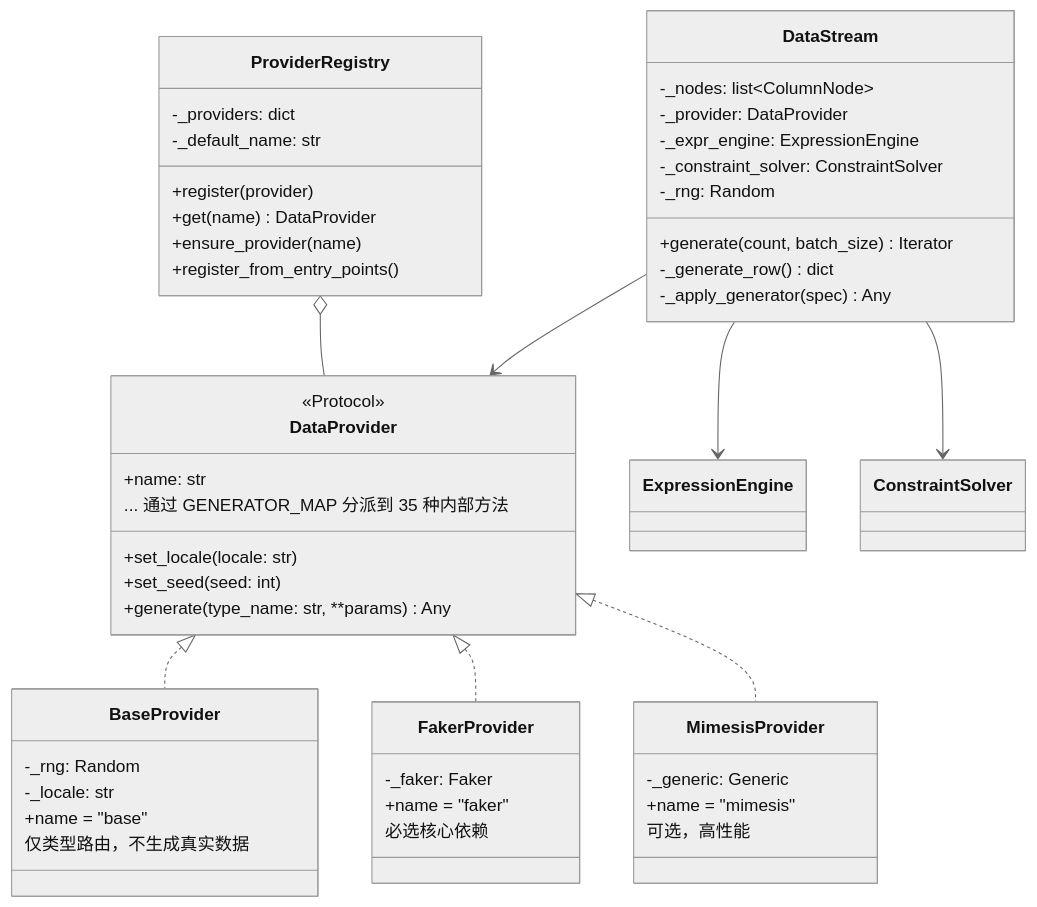
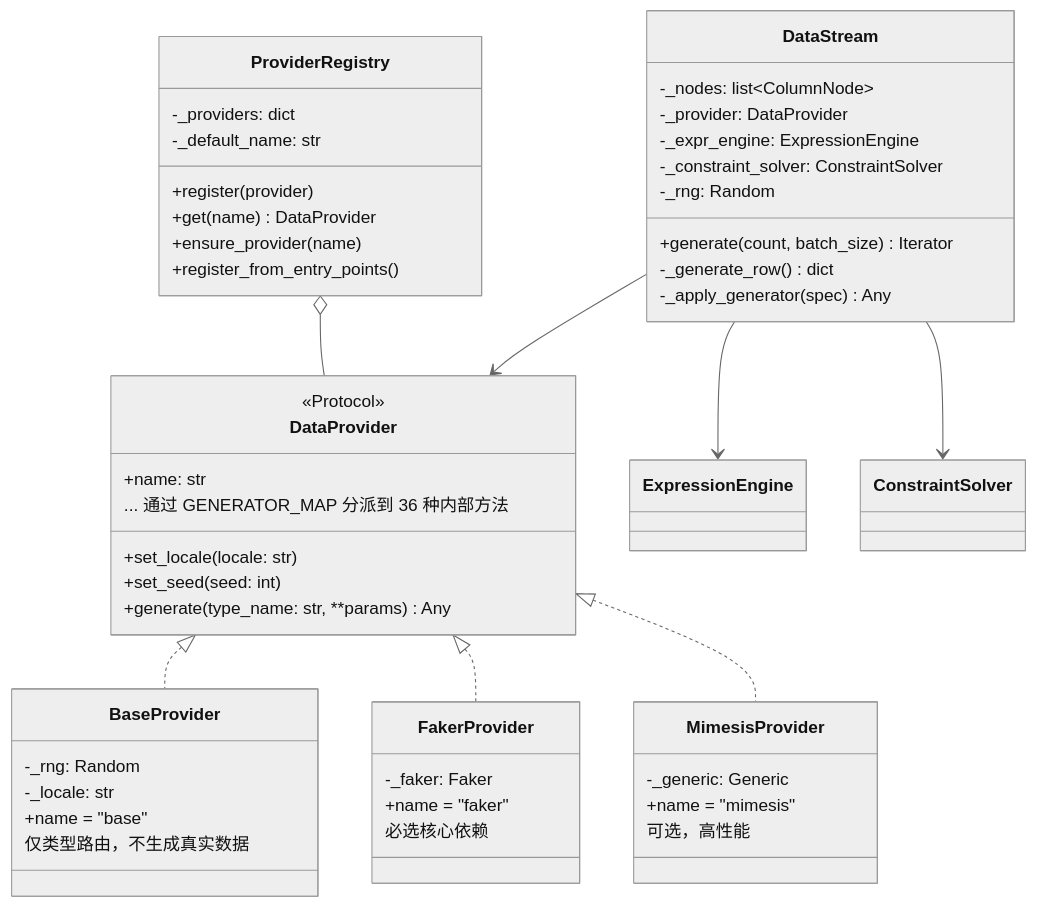
One commit to sunbos/sqlseed changed the fourth of 12 diagrams in docs/architecture.zh-CN.md. Above: the diagram before and after it, drawn with Mermaid (neutral theme). The commit also changed other lines of this file and 34 other files, not shown here.

````diff
--- a/docs/architecture.zh-CN.md
+++ b/docs/architecture.zh-CN.md
@@ -269,58 +262,58 @@
 ```mermaid
 classDiagram
     class DataProvider {
         <<Protocol>>
         +name: str
         +set_locale(locale: str)
         +set_seed(seed: int)
         +generate(type_name: str, **params) Any
-        ... 通过 GENERATOR_MAP 分派到 35 种内部方法
+        ... 通过 GENERATOR_MAP 分派到 36 种内部方法
     }
 
     class BaseProvider {
         -_rng: Random
         -_locale: str
         +name = "base"
         仅类型路由，不生成真实数据
     }
 
     class FakerProvider {
         -_faker: Faker
         +name = "faker"
         必选核心依赖
     }
 
     class MimesisProvider {
         -_generic: Generic
         +name = "mimesis"
         可选，高性能
     }
 
     class ProviderRegistry {
         -_providers: dict
         -_default_name: str
         +register(provider)
         +get(name) DataProvider
         +ensure_provider(name)
         +register_from_entry_points()
     }
 
     class DataStream {
         -_nodes: list~ColumnNode~
         -_provider: DataProvider
         -_expr_engine: ExpressionEngine
         -_constraint_solver: ConstraintSolver
         -_rng: Random
         +generate(count, batch_size) Iterator
         -_generate_row() dict
         -_apply_generator(spec) Any
     }
 
     DataProvider <|.. BaseProvider
     DataProvider <|.. FakerProvider
     DataProvider <|.. MimesisProvider
     ProviderRegistry o-- DataProvider
     DataStream --> DataProvider
     DataStream --> ExpressionEngine
     DataStream --> ConstraintSolver
 ```
````
